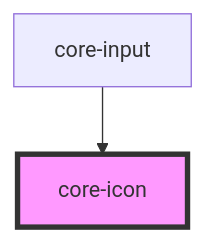
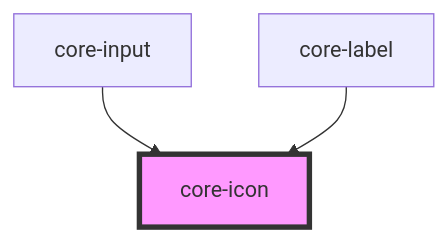
One commit to iFixit/core-design changed the diagram in src/components/core-icon/readme.md. Above: the diagram before and after it, drawn with Mermaid. The commit also changed other lines of this file and 12 other files, not shown here.

````diff
--- a/src/components/core-icon/readme.md
+++ b/src/components/core-icon/readme.md
@@ -26,5 +27,6 @@
 ```mermaid
 graph TD;
   core-input --> core-icon
+  core-label --> core-icon
   style core-icon fill:#f9f,stroke:#333,stroke-width:4px
 ```
````
